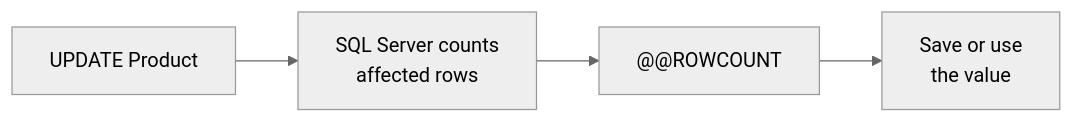
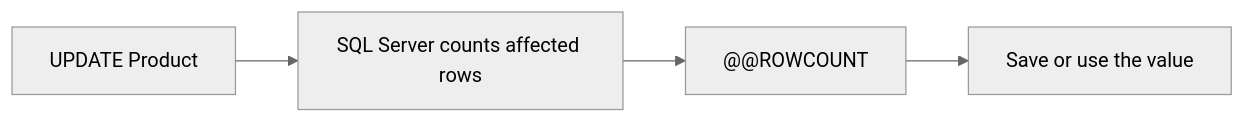
The diagram in labs/lab00-tsql-essentials.md (tjovic/database-design-labs-public), drawn with Mermaid (neutral theme) before and after one commit.

````diff
--- a/labs/lab00-tsql-essentials.md
+++ b/labs/lab00-tsql-essentials.md
@@ -1573,6 +1573,6 @@
 ```mermaid
 flowchart LR
-    A["UPDATE Product"] --> B["SQL Server counts<br/>affected rows"]
+    A["UPDATE Product"] --> B["SQL Server counts affected rows"]
     B --> C["@@ROWCOUNT"]
-    C --> D["Save or use<br/>the value"]
+    C --> D["Save or use the value"]
 ```
````
